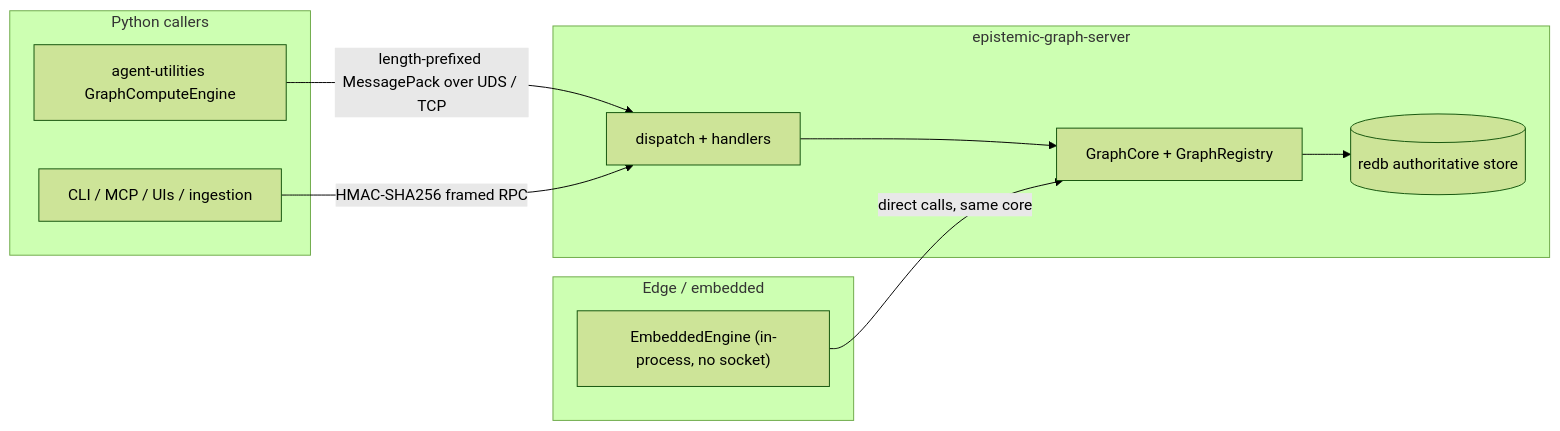
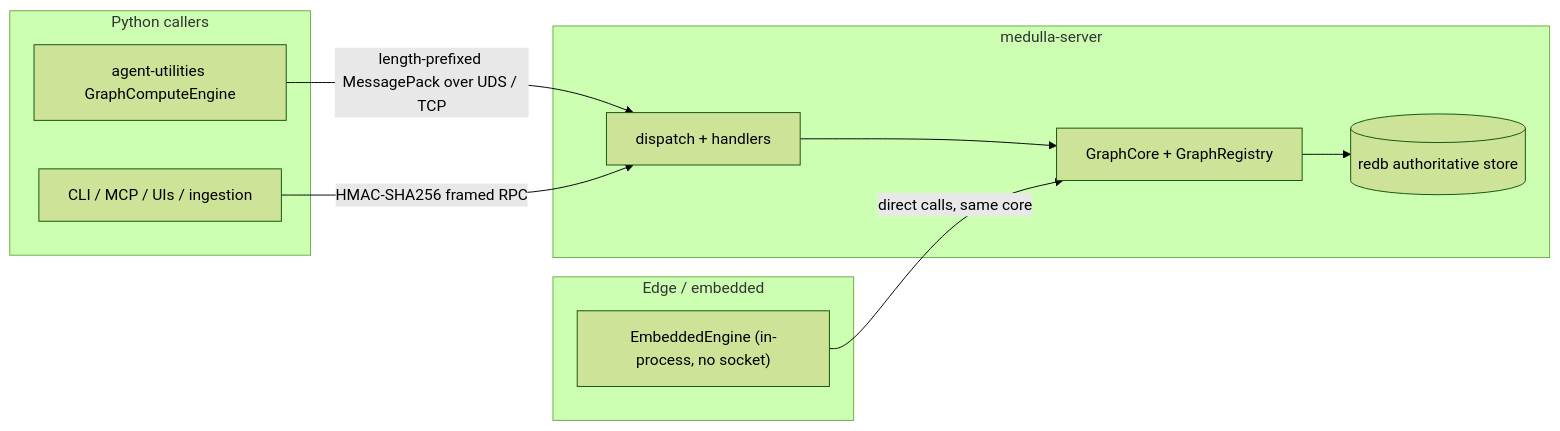
Before and after one commit to Knuckles-Team/epistemic-graph: the first of 3 diagrams in docs/overview.md, drawn with Mermaid (forest theme). The commit also changed other lines of this file and 5990 other files, not shown here.

First line of the commit message:
refactor!: rename epistemic-graph to medulla end to end (hard cutover)

````diff
--- a/docs/overview.md
+++ b/docs/overview.md
@@ -20,22 +20,22 @@
 ```mermaid
 flowchart LR
     subgraph PyCallers["Python callers"]
         AU["agent-utilities GraphComputeEngine"]
         CLI["CLI / MCP / UIs / ingestion"]
     end
     subgraph Edge["Edge / embedded"]
         EMB["EmbeddedEngine (in-process, no socket)"]
     end
 
-    subgraph Server["epistemic-graph-server"]
+    subgraph Server["medulla-server"]
         DISP["dispatch + handlers"]
         CORE["GraphCore + GraphRegistry"]
         REDB[("redb authoritative store")]
     end
 
     AU -->|"length-prefixed MessagePack over UDS / TCP"| DISP
     CLI -->|"HMAC-SHA256 framed RPC"| DISP
     DISP --> CORE
     EMB -->|"direct calls, same core"| CORE
     CORE --> REDB
 ```
````
